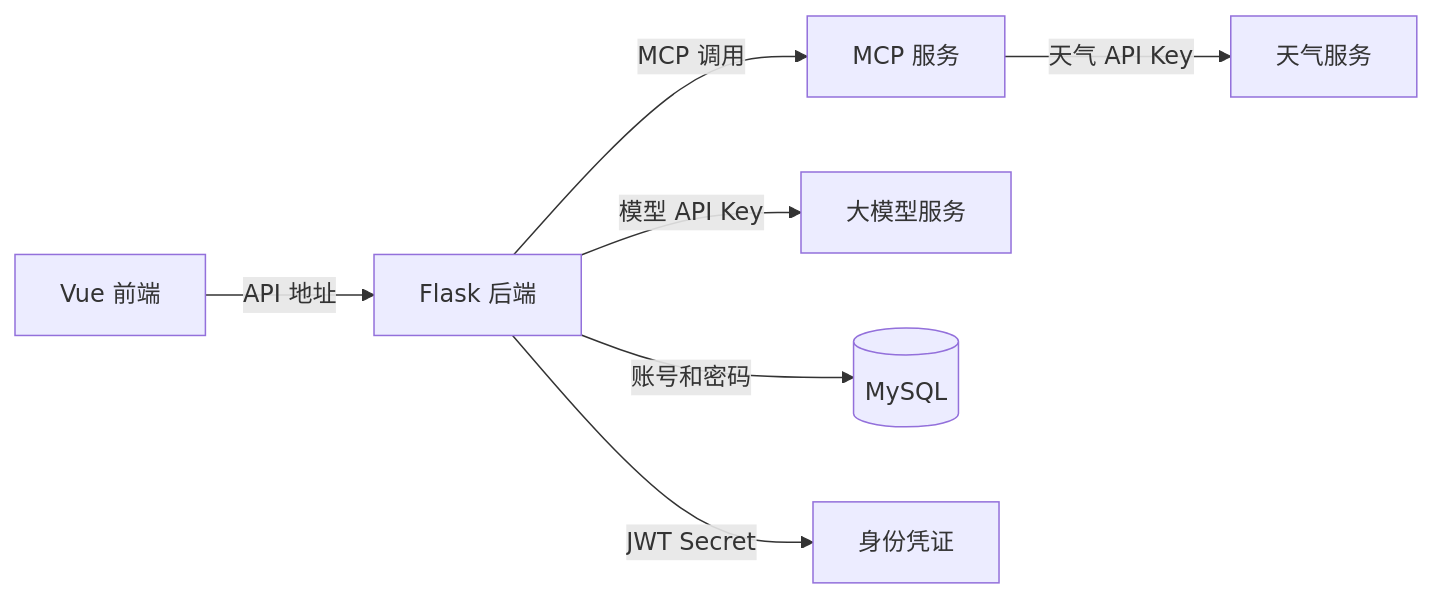
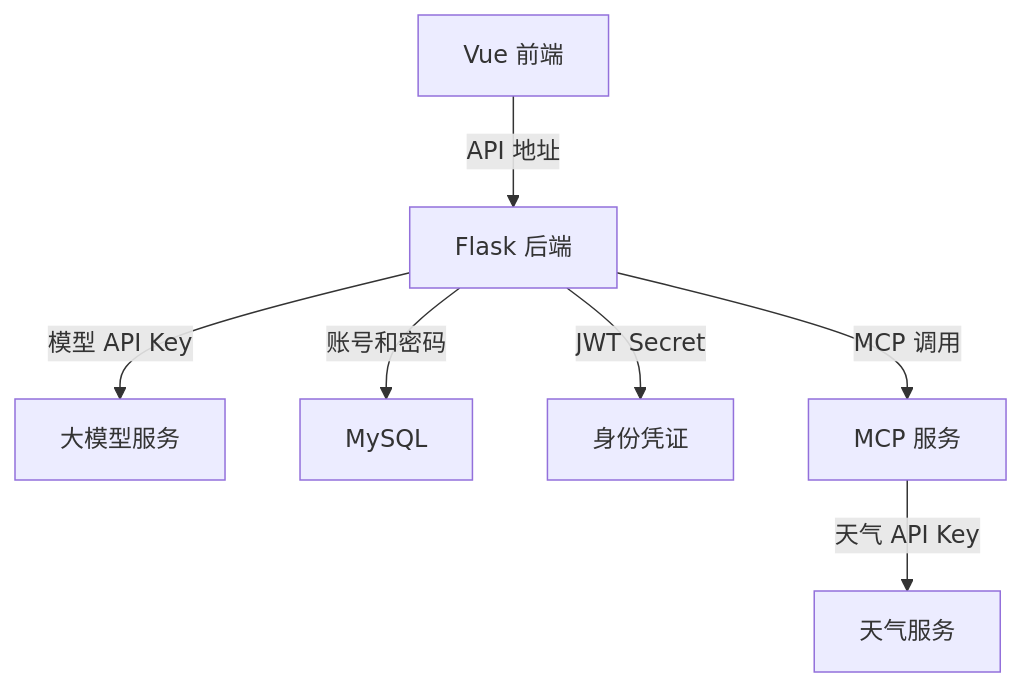
The first of 5 diagrams in docs/blogs/阶段0.1-敏感配置治理与安全基线.md (myth8/zzx-ai-agent), drawn with Mermaid before and after one commit. The commit also changed other lines of this file and 27 other files, not shown here.

````diff
--- a/docs/blogs/阶段0.1-敏感配置治理与安全基线.md
+++ b/docs/blogs/阶段0.1-敏感配置治理与安全基线.md
@@ -36,13 +36,9 @@
 ```mermaid
-flowchart LR
-    FRONTEND[Vue 前端]
-    BACKEND[Flask 后端]
-    MCP[MCP 服务]
-
-    FRONTEND -->|API 地址| BACKEND
-    BACKEND -->|模型 API Key| LLM[大模型服务]
-    BACKEND -->|账号和密码| MYSQL[(MySQL)]
-    BACKEND -->|JWT Secret| JWT[身份凭证]
-    BACKEND -->|MCP 调用| MCP
-    MCP -->|天气 API Key| WEATHER[天气服务]
+flowchart TD
+    FRONTEND["Vue 前端"] -->|API 地址| BACKEND["Flask 后端"]
+    BACKEND -->|模型 API Key| LLM["大模型服务"]
+    BACKEND -->|账号和密码| MYSQL["MySQL"]
+    BACKEND -->|JWT Secret| JWT["身份凭证"]
+    BACKEND -->|MCP 调用| MCP["MCP 服务"]
+    MCP -->|天气 API Key| WEATHER["天气服务"]
 ```
````
